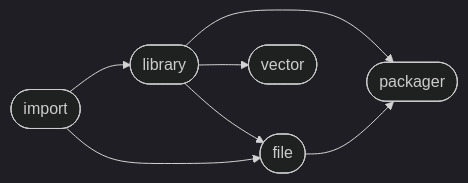
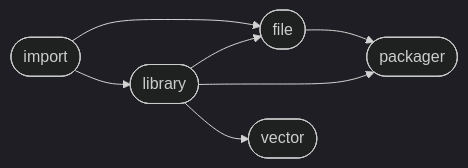
Before and after one commit to Mandera/Mandera: the diagram in README.md, drawn with Mermaid (dark theme). The commit also changed other lines of this file, not shown here.

````diff
--- a/README.md
+++ b/README.md
@@ -7,14 +7,14 @@
 ```mermaid
 flowchart LR
+0([import]) --> 2([file])
+1([library]) --> 2([file])
+1([library]) --> 4([packager])
+0([import]) --> 1([library])
+2([file]) --> 4([packager])
 1([library]) --> 3([vector])
-0([import]) --> 1([library])
-1([library]) --> 2([file])
-0([import]) --> 2([file])
-1([library]) --> 4([packager])
-2([file]) --> 4([packager])
 click 0 "https://github.com/ManderaGeneral/generalimport"
 click 1 "https://github.com/ManderaGeneral/generallibrary"
 click 2 "https://github.com/ManderaGeneral/generalfile"
 click 3 "https://github.com/ManderaGeneral/generalvector"
 click 4 "https://github.com/ManderaGeneral/generalpackager"
 ```
````
